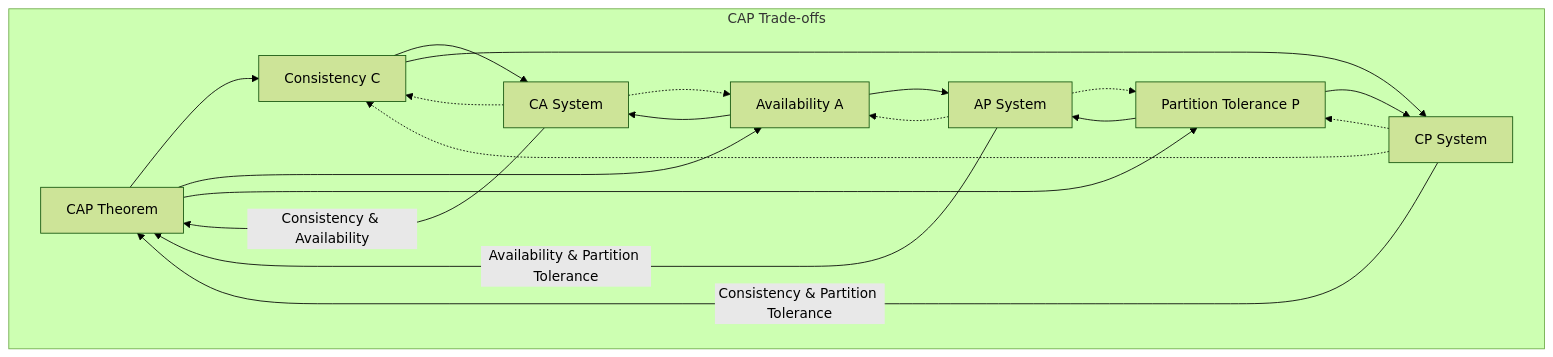
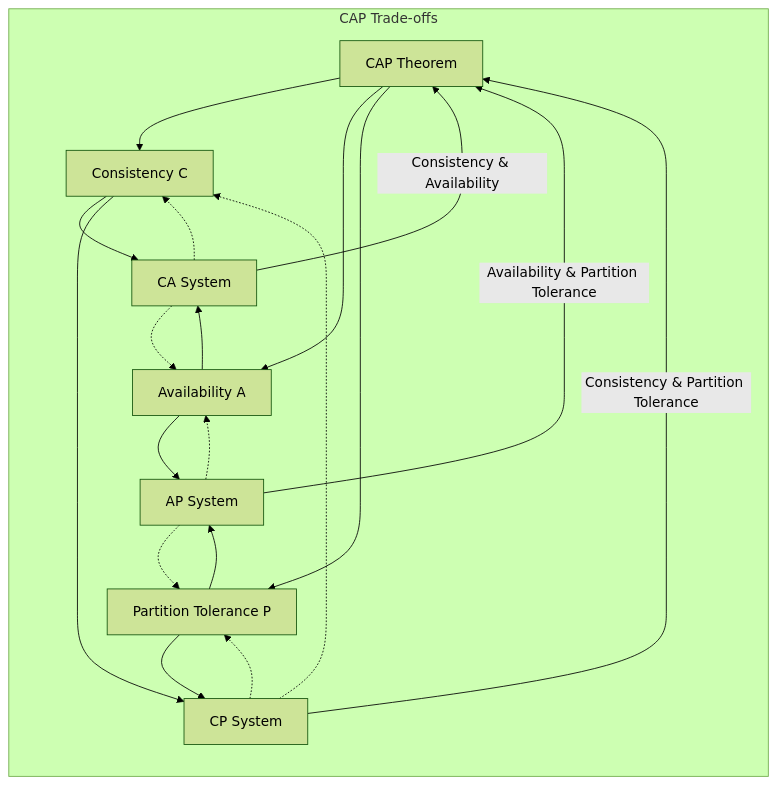
The diagram in System-Design/CAP theorem.md (uwspstar/From-Zero-to-Hero), drawn with Mermaid (forest theme) before and after one commit.

Commit message:
Update CAP theorem.md

````diff
--- a/System-Design/CAP theorem.md
+++ b/System-Design/CAP theorem.md
@@ -9,26 +9,26 @@
 ```mermaid
 flowchart TD
     CAP[CAP Theorem] --> Consistency[Consistency C]
     CAP --> Availability[Availability A]
     CAP --> PartitionTolerance[Partition Tolerance P]
 
     subgraph TradeOffs[CAP Trade-offs]
-        direction LR
+        direction TD
         CA[CA System] -->|Consistency & Availability| CAP
         CA -.-> Consistency
         CA -.-> Availability
         CP[CP System] -->|Consistency & Partition Tolerance| CAP
         CP -.-> Consistency
         CP -.-> PartitionTolerance
         AP[AP System] -->|Availability & Partition Tolerance| CAP
         AP -.-> Availability
         AP -.-> PartitionTolerance
     end
 
     Consistency --> CA
     Consistency --> CP
     Availability --> CA
     Availability --> AP
     PartitionTolerance --> CP
     PartitionTolerance --> AP
 ```
````
